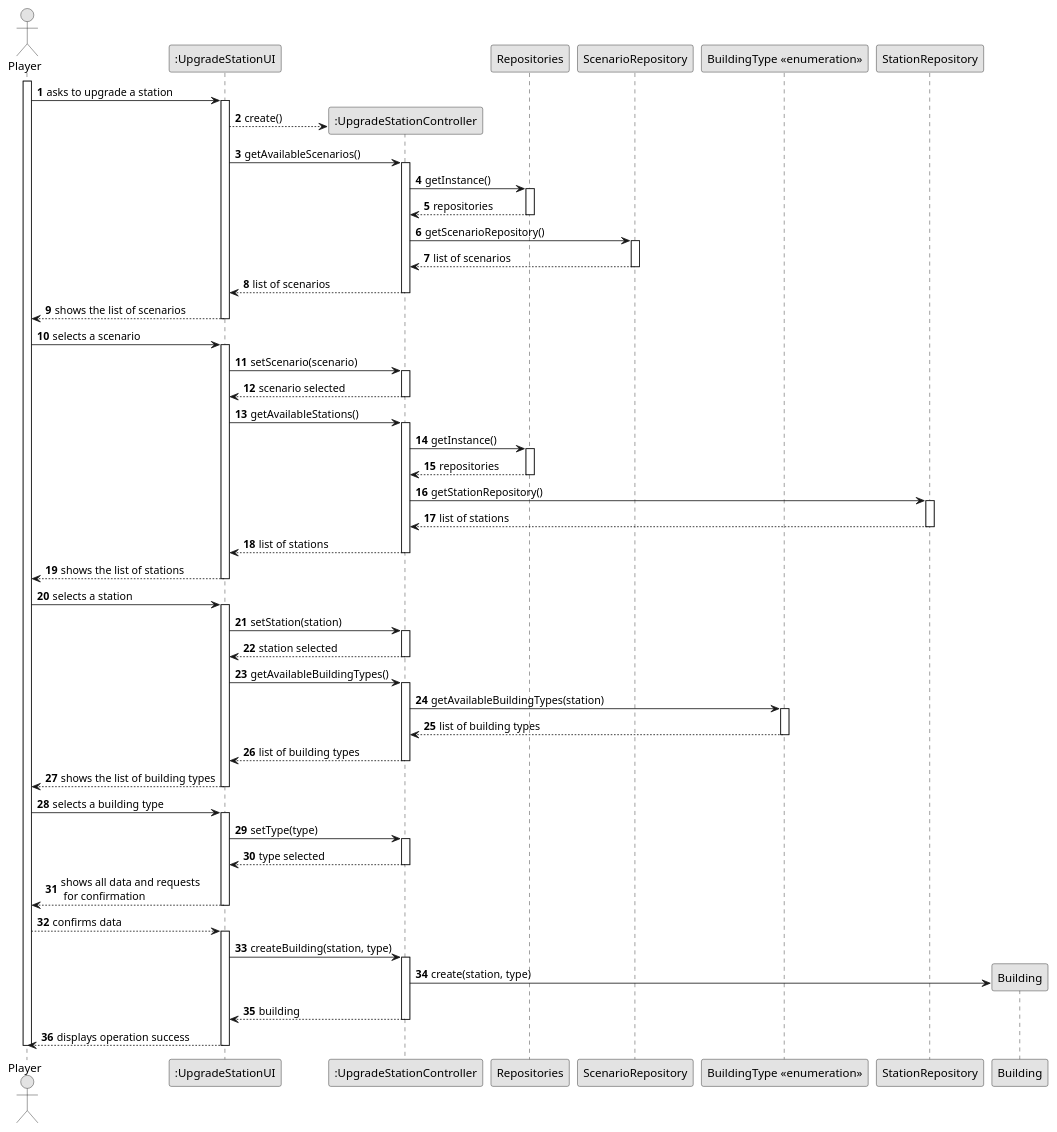
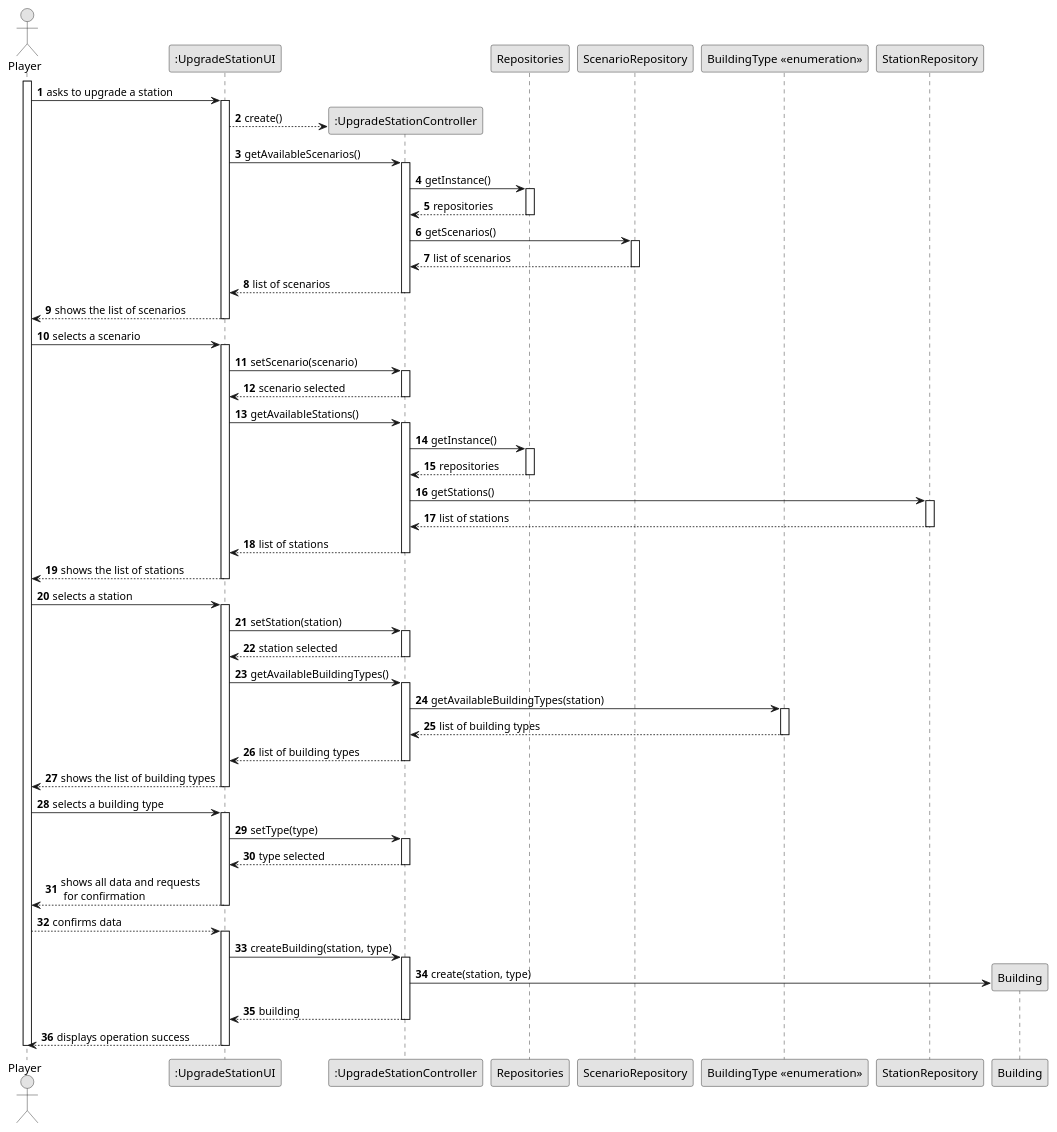
The diagram in Sprint2/US006/03.design/puml/US006-SD-full.puml (1240935/pi2-railway-simulator), drawn with PlantUML before and after one commit. The commit also changed 32 other files, not shown here.

```diff
--- a/Sprint2/US006/03.design/puml/US006-SD-full.puml
+++ b/Sprint2/US006/03.design/puml/US006-SD-full.puml
@@ -1,134 +1,134 @@
 @startuml
 skinparam monochrome true
 skinparam packageStyle rectangle
 skinparam shadowing false
 
 autonumber
 
  actor "Player" as PLAYER
     participant ":UpgradeStationUI" as UI
     participant ":UpgradeStationController" as CTRL
     participant "Repositories" as REPOS
     participant "ScenarioRepository" as SREPOS
     participant "BuildingType <<enumeration>>" as BTYPE
     participant "StationRepository" as STREPOS
     participant "Building" as BUILDING
 
     activate PLAYER
 
     PLAYER -> UI : asks to upgrade a station
     activate UI
 
     UI --> CTRL** : create()
 
     UI -> CTRL : getAvailableScenarios()
     activate CTRL
 
     CTRL -> REPOS : getInstance()
     activate REPOS
 
     REPOS --> CTRL: repositories
 
     deactivate REPOS
 
-    CTRL -> SREPOS : getScenarioRepository()
+    CTRL -> SREPOS : getScenarios()
     activate SREPOS
 
     SREPOS --> CTRL : list of scenarios
 
     deactivate SREPOS
     CTRL --> UI : list of scenarios
     deactivate CTRL
 
     UI --> PLAYER : shows the list of scenarios
     deactivate UI
 
     PLAYER -> UI : selects a scenario
     activate UI
 
     UI -> CTRL :setScenario(scenario)
 
     activate CTRL
 
     CTRL --> UI : scenario selected
 
     deactivate CTRL
 
 
         UI -> CTRL : getAvailableStations()
         activate CTRL
 
         CTRL -> REPOS : getInstance()
         activate REPOS
 
         REPOS --> CTRL: repositories
 
         deactivate REPOS
 
-        CTRL -> STREPOS : getStationRepository()
+        CTRL -> STREPOS : getStations()
         activate STREPOS
 
         STREPOS --> CTRL : list of stations
 
         deactivate STREPOS
         CTRL --> UI : list of stations
         deactivate CTRL
 
         UI --> PLAYER : shows the list of stations
         deactivate UI
 
         PLAYER -> UI : selects a station
         activate UI
 
         UI -> CTRL :setStation(station)
 
         activate CTRL
 
         CTRL --> UI : station selected
 
         deactivate CTRL
 
         UI -> CTRL : getAvailableBuildingTypes()
                 activate CTRL
 
                 CTRL -> BTYPE : getAvailableBuildingTypes(station)
                 activate BTYPE
 
                 BTYPE --> CTRL : list of building types
 
                 deactivate BTYPE
                 CTRL --> UI : list of building types
                 deactivate CTRL
 
                 UI --> PLAYER : shows the list of building types
                 deactivate UI
 
                 PLAYER -> UI : selects a building type
                 activate UI
 
                 UI -> CTRL :setType(type)
 
                 activate CTRL
 
                 CTRL --> UI : type selected
 
                 deactivate CTRL
 
     UI --> PLAYER: shows all data and requests \n for confirmation
     deactivate  UI
 
     PLAYER --> UI: confirms data
     activate UI
 
     UI -> CTRL : createBuilding(station, type)
     activate CTRL
 
     CTRL -> BUILDING** : create(station, type)
 
     CTRL --> UI : building
     deactivate CTRL
 
     UI --> PLAYER : displays operation success
     deactivate UI
     deactivate PLAYER
 @enduml
```
